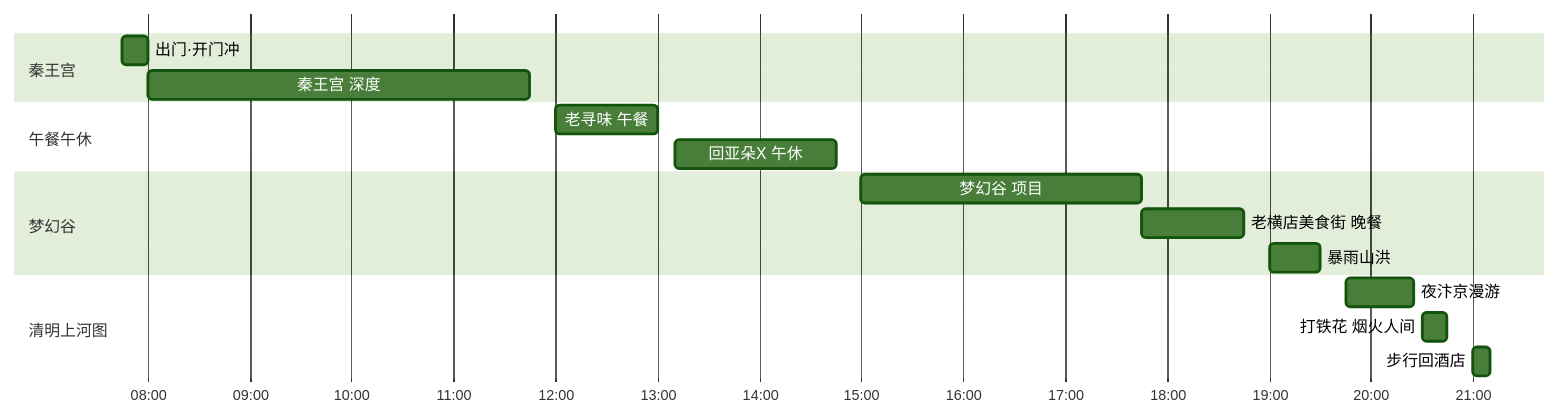
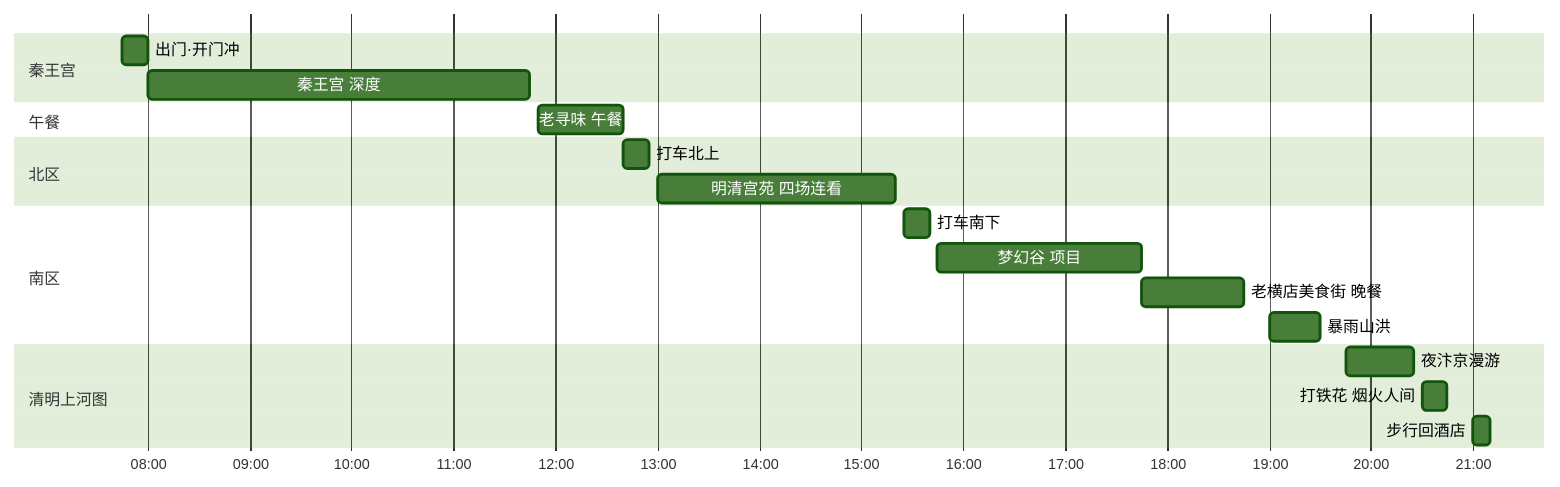
One commit to hezhijie0327/ZJBlog changed the first of 2 diagrams in content/travels/hengdian-yiwu-national-day-guide.md. Above: the diagram before and after it, drawn with Mermaid (forest theme). The commit also changed other lines of this file, not shown here.

````diff
--- a/content/travels/hengdian-yiwu-national-day-guide.md
+++ b/content/travels/hengdian-yiwu-national-day-guide.md
@@ -79,20 +79,23 @@
 ```mermaid
 gantt
     dateFormat HH:mm
     axisFormat %H:%M
     todayMarker off
     section 秦王宫
     出门·开门冲 :q1, 07:45, 08:00
     秦王宫 深度 :q2, 08:00, 11:45
-    section 午餐午休
-    老寻味 午餐 :m1, 12:00, 13:00
-    回亚朵X 午休 :r1, 13:10, 14:45
-    section 梦幻谷
-    梦幻谷 项目 :q3, 15:00, 17:45
+    section 午餐
+    老寻味 午餐 :m1, 11:50, 12:40
+    section 北区
+    打车北上 :t1, 12:40, 12:55
+    明清宫苑 四场连看 :q3, 13:00, 15:20
+    section 南区
+    打车南下 :t2, 15:25, 15:40
+    梦幻谷 项目 :q4, 15:45, 17:45
     老横店美食街 晚餐 :m2, 17:45, 18:45
-    暴雨山洪 :q4, 19:00, 19:30
+    暴雨山洪 :q5, 19:00, 19:30
     section 清明上河图
-    夜汴京漫游 :q5, 19:45, 20:25
-    打铁花 烟火人间 :q6, 20:30, 20:45
-    步行回酒店 :q7, 21:00, 21:10
+    夜汴京漫游 :q6, 19:45, 20:25
+    打铁花 烟火人间 :q7, 20:30, 20:45
+    步行回酒店 :q8, 21:00, 21:10
 ```
````
